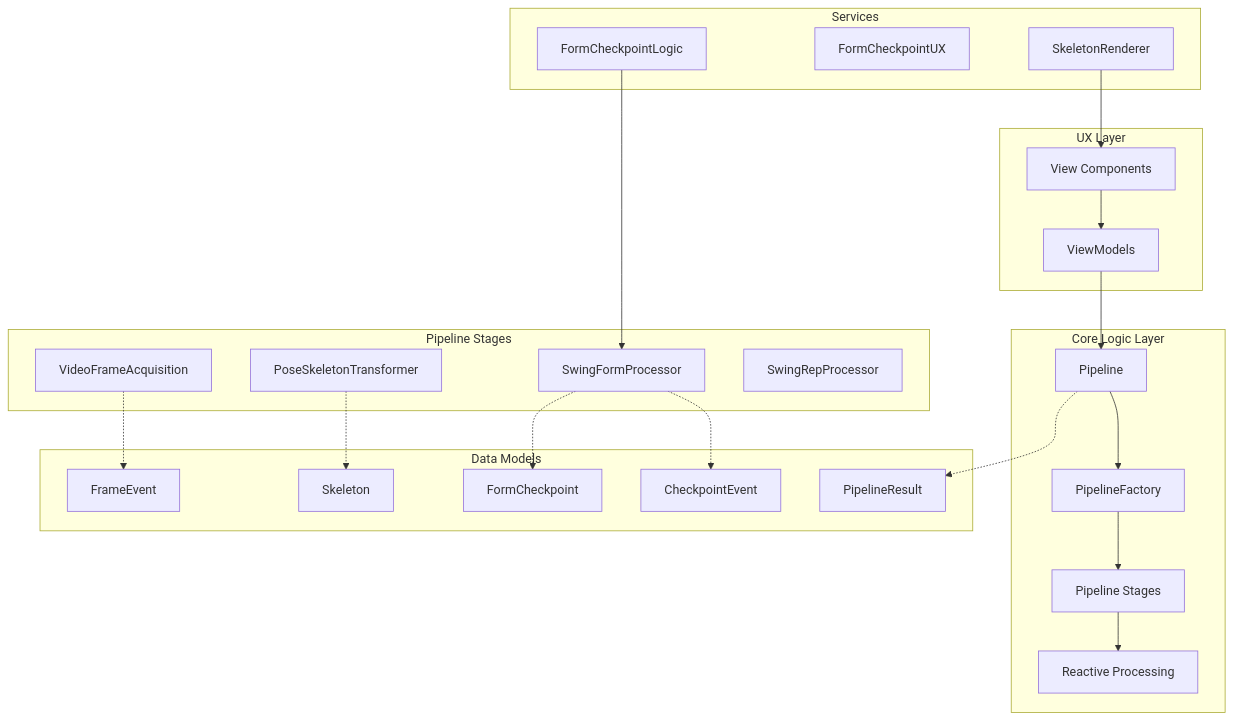
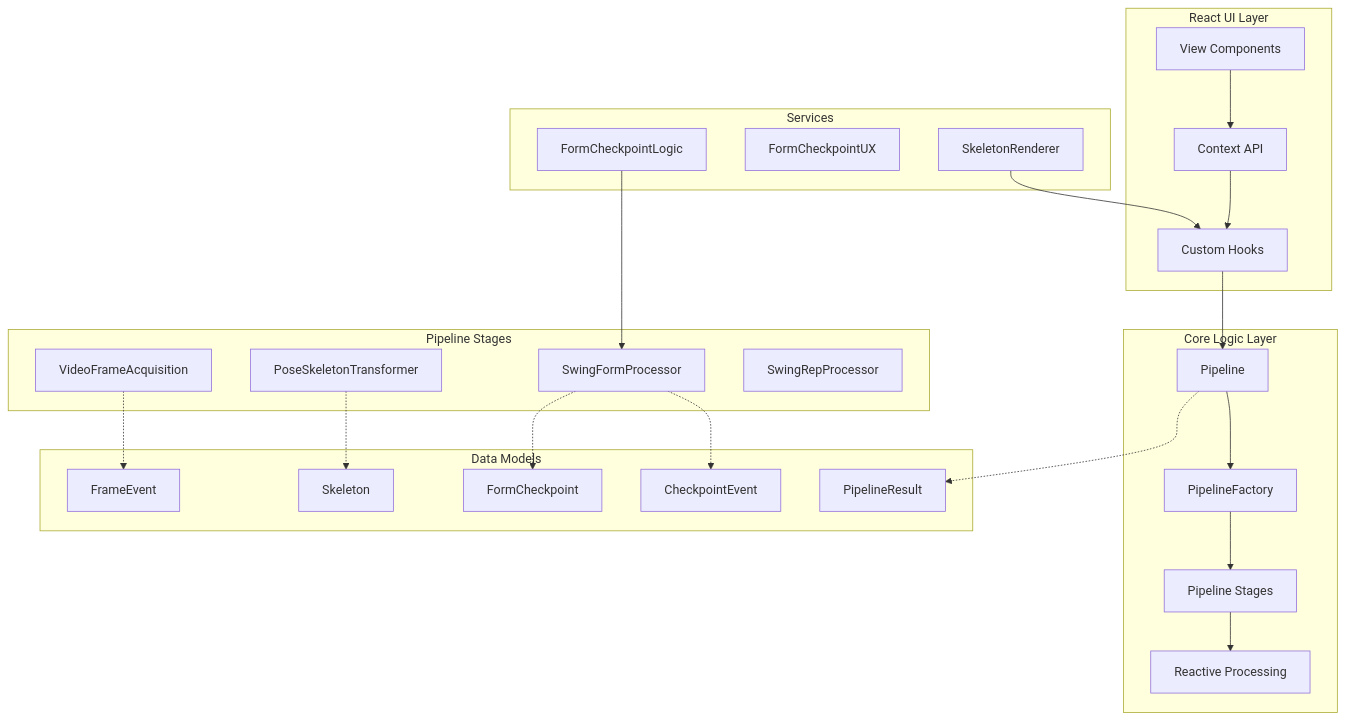
One commit to idvorkin/swing-analyzer changed the first of 2 diagrams in ARCHITECTURE.md. Above: the diagram before and after it, drawn with Mermaid. The commit also changed other lines of this file and 6 other files, not shown here.

````diff
--- a/ARCHITECTURE.md
+++ b/ARCHITECTURE.md
@@ -7,42 +7,43 @@
 ```mermaid
 graph TD
-    subgraph "UX Layer"
-        A1[View Components] --> A2[ViewModels]
+    subgraph "React UI Layer"
+        A1[View Components] --> A2[Context API]
+        A2 --> A3[Custom Hooks]
     end
 
     subgraph "Core Logic Layer"
         B1[Pipeline] --> B2[PipelineFactory]
         B2 --> B3[Pipeline Stages]
         B3 --> B4[Reactive Processing]
     end
 
     subgraph "Pipeline Stages"
         C1[VideoFrameAcquisition]
         C2[PoseSkeletonTransformer]
         C3[SwingFormProcessor]
         C4[SwingRepProcessor]
     end
 
     subgraph "Data Models"
         D1[Skeleton]
         D2[FormCheckpoint]
         D3[PipelineResult]
         D4[FrameEvent]
         D5[CheckpointEvent]
     end
 
     subgraph "Services"
         E2[FormCheckpointLogic]
         E3[FormCheckpointUX]
         E4[SkeletonRenderer]
     end
 
-    A2 --> B1
+    A3 --> B1
     B1 -.-> D3
     C1 -.-> D4
     C3 -.-> D5
     C2 -.-> D1
     C3 -.-> D2
     E2 --> C3
-    E4 --> A1
+    E4 --> A3
 ```
````
